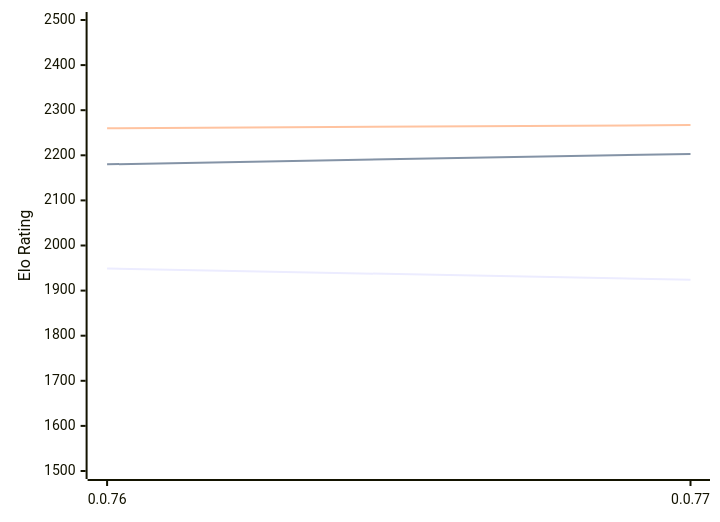
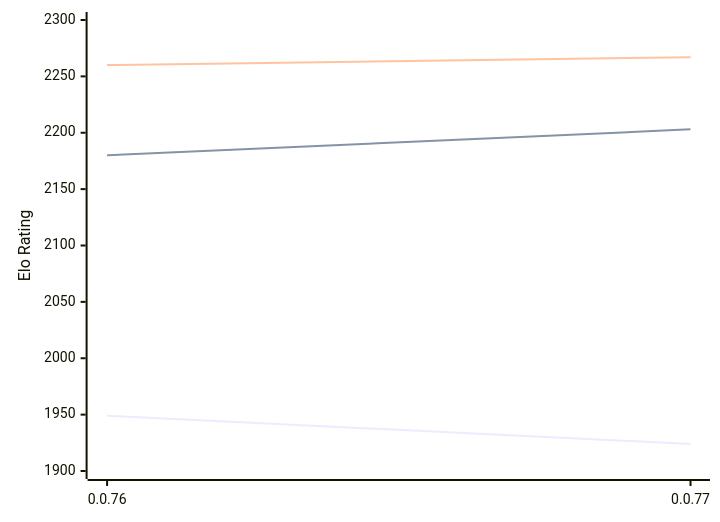
The diagram in engines/Fktb.md (computer-chess-index/cci), drawn with Mermaid before and after one commit. The commit also changed other lines of this file, not shown here.

Commit message:
Update CCI Ratings (ELO VLTC) - 2026-02-10

````diff
--- a/engines/Fktb.md
+++ b/engines/Fktb.md
@@ -29,9 +29,9 @@
 ```mermaid
 %%{init: {"theme":"base","themeVariables":{"seriesColors:['#a3a3a3','#222221','#faa371']}}}%%
 xychart-beta
   x-axis ["0.0.76", "0.0.77"]
-  y-axis "Elo Rating" 1500 --> 2500
+  y-axis "Elo Rating" 1900 --> 2300
   line "STC (8.0+0.08s)" [1949, 1924]
   line "LTC (60.0+0.60s)" [2180, 2203]
   line "VLTC (2m24s+1.12s)" [2260, 2267]
 ```
````
